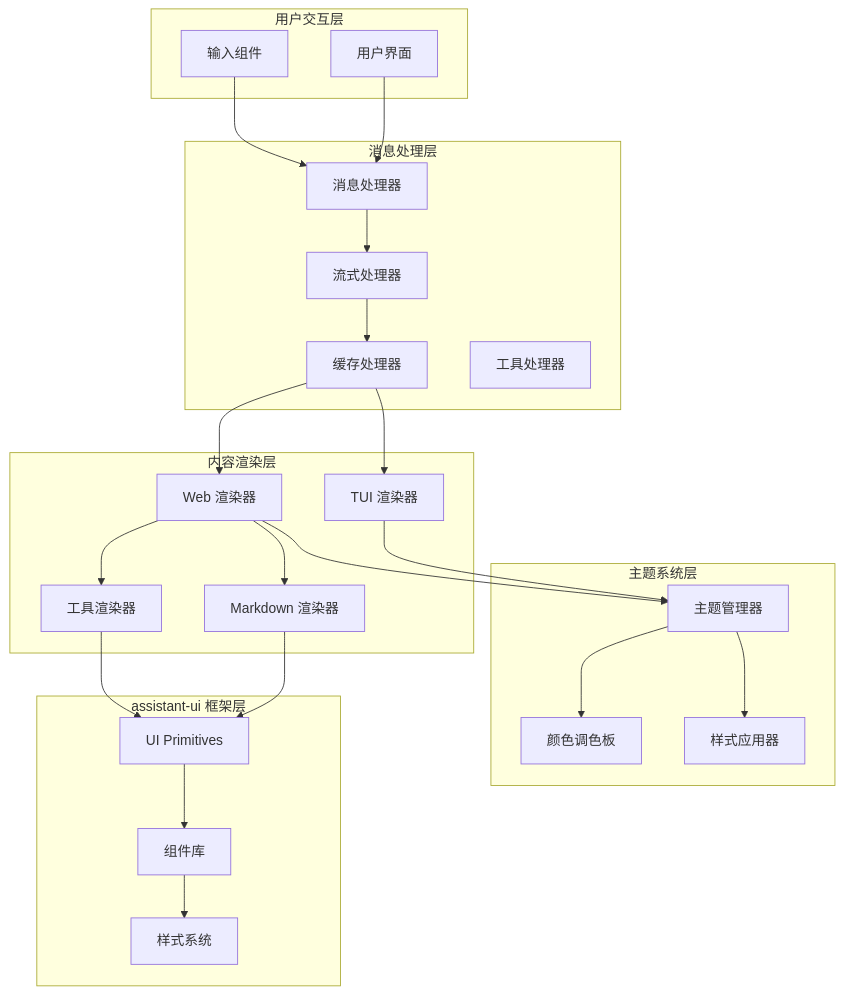
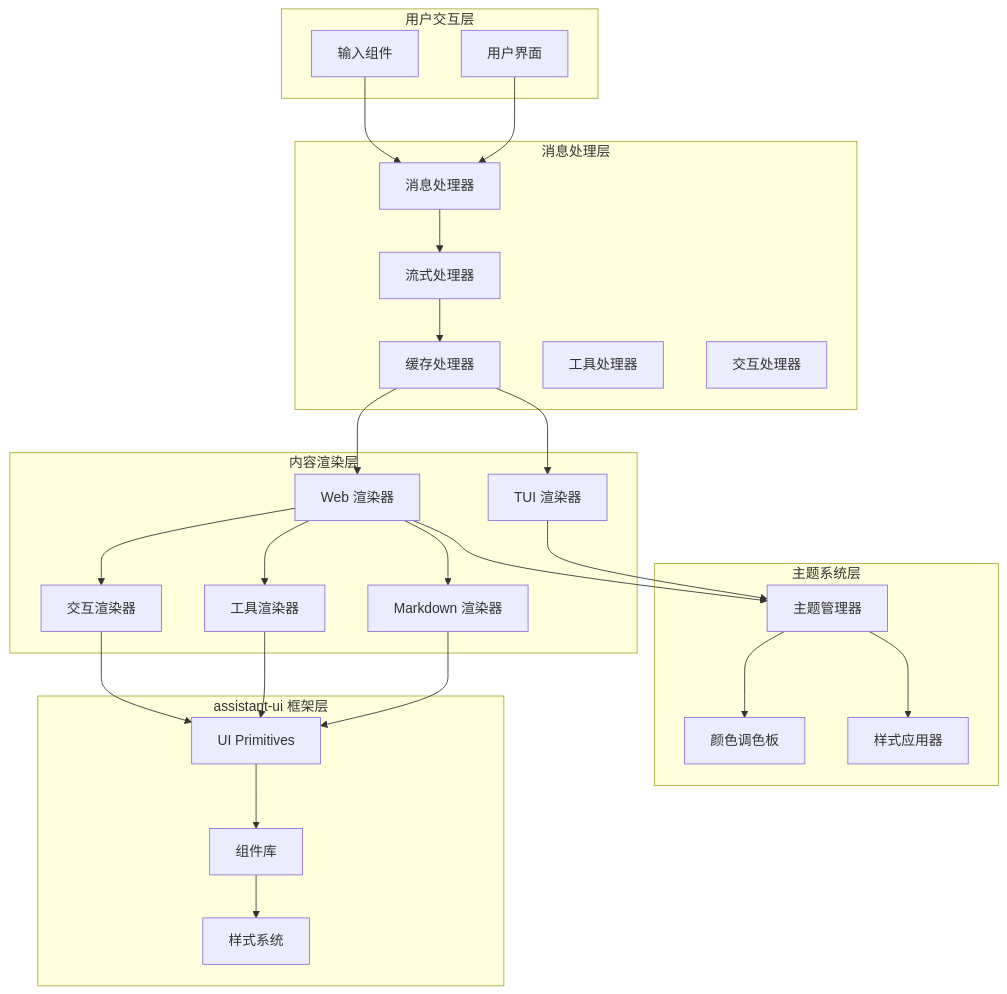
The second of 13 diagrams in .qoder/repowiki/zh/content/Assistant Message Component/Assistant Message Component.md (verse-ai-org/openclaw), drawn with Mermaid before and after one commit. The commit also changed other lines of this file and 95 other files, not shown here.

````diff
--- a/.qoder/repowiki/zh/content/Assistant Message Component/Assistant Message Component.md
+++ b/.qoder/repowiki/zh/content/Assistant Message Component/Assistant Message Component.md
@@ -160,45 +195,49 @@
 ```mermaid
 graph TD
 subgraph "用户交互层"
 UI[用户界面]
 INPUT[输入组件]
 end
 subgraph "消息处理层"
 MSG_HANDLER[消息处理器]
 STREAM_HANDLER[流式处理器]
 CACHE_HANDLER[缓存处理器]
 TOOL_HANDLER[工具处理器]
+INTERACTIVE_HANDLER[交互处理器]
 end
 subgraph "内容渲染层"
 TUI_RENDERER[TUI 渲染器]
 WEB_RENDERER[Web 渲染器]
 MARKDOWN_RENDERER[Markdown 渲染器]
 TOOL_RENDERER[工具渲染器]
+INTERACTIVE_RENDERER[交互渲染器]
 end
 subgraph "主题系统层"
 THEME_MANAGER[主题管理器]
 COLOR_PALETTE[颜色调色板]
 STYLE_APPLIER[样式应用器]
 end
 subgraph "assistant-ui 框架层"
 AUI_PRIMITIVES[UI Primitives]
 AUI_COMPONENTS[组件库]
 AUI_STYLES[样式系统]
 end
 UI --> MSG_HANDLER
 INPUT --> MSG_HANDLER
 MSG_HANDLER --> STREAM_HANDLER
 STREAM_HANDLER --> CACHE_HANDLER
 CACHE_HANDLER --> TUI_RENDERER
 CACHE_HANDLER --> WEB_RENDERER
 WEB_RENDERER --> MARKDOWN_RENDERER
 WEB_RENDERER --> TOOL_RENDERER
+WEB_RENDERER --> INTERACTIVE_RENDERER
 MARKDOWN_RENDERER --> AUI_PRIMITIVES
 TOOL_RENDERER --> AUI_PRIMITIVES
+INTERACTIVE_RENDERER --> AUI_PRIMITIVES
 AUI_PRIMITIVES --> AUI_COMPONENTS
 AUI_COMPONENTS --> AUI_STYLES
 TUI_RENDERER --> THEME_MANAGER
 WEB_RENDERER --> THEME_MANAGER
 THEME_MANAGER --> COLOR_PALETTE
 THEME_MANAGER --> STYLE_APPLIER
 ```
````
